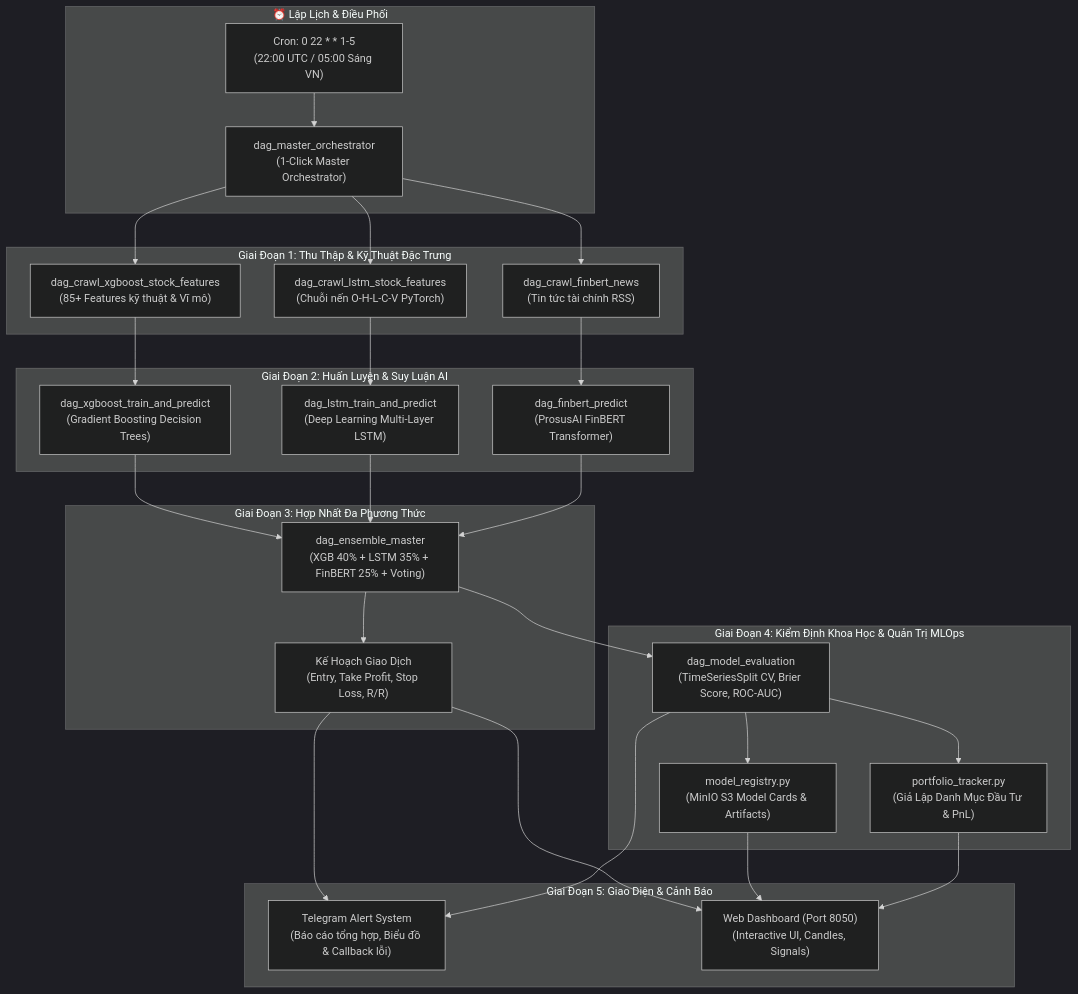
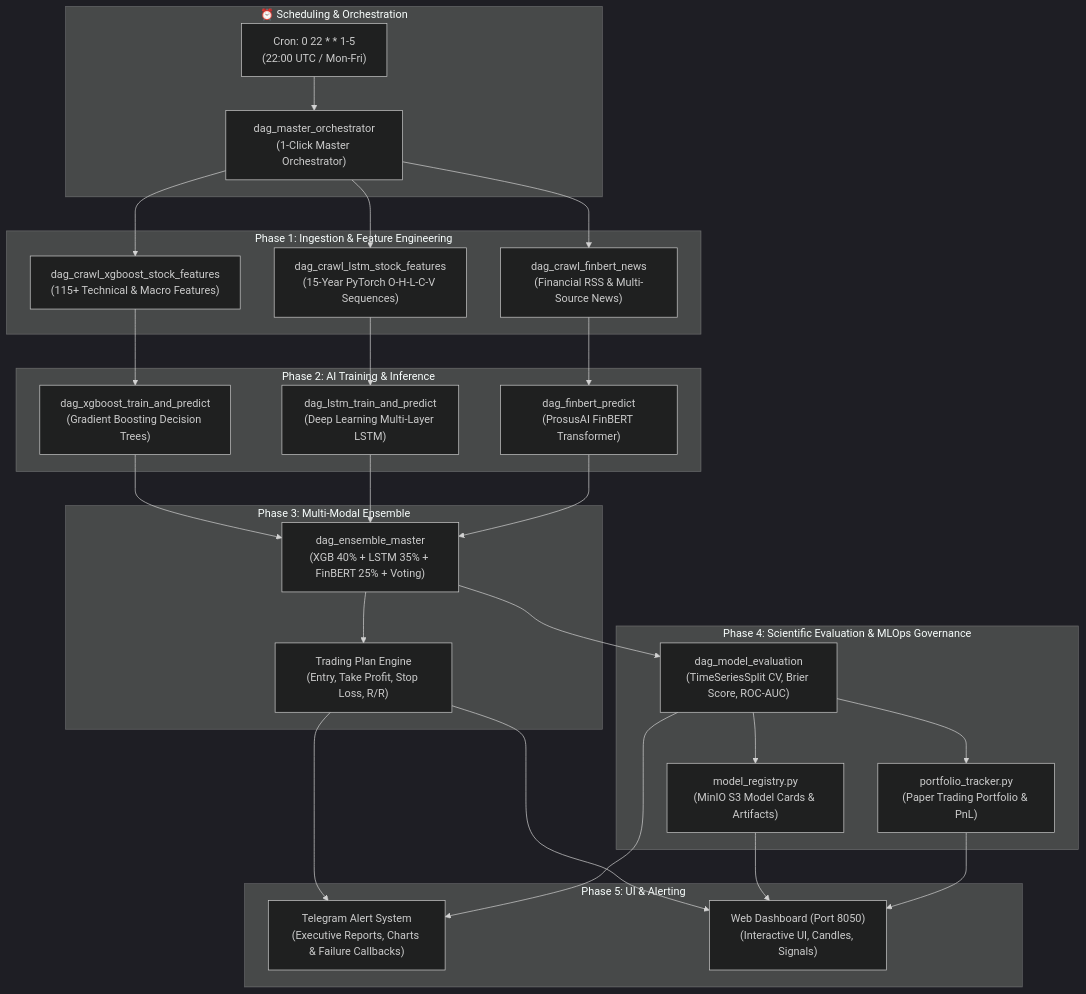
Before and after one commit to lehoang0702/airflow-stock: the diagram in README.md, drawn with Mermaid (dark theme). The commit also changed other lines of this file and 5 other files, not shown here.

````diff
--- a/README.md
+++ b/README.md
@@ -17,34 +17,34 @@
 ```mermaid
 graph TD
-    subgraph Sched["⏰ Lập Lịch & Điều Phối"]
-        CRON["Cron: 0 22 * * 1-5<br/>(22:00 UTC / 05:00 Sáng VN)"] --> ORCH["dag_master_orchestrator<br/>(1-Click Master Orchestrator)"]
+    subgraph Sched["⏰ Scheduling & Orchestration"]
+        CRON["Cron: 0 22 * * 1-5<br/>(22:00 UTC / Mon-Fri)"] --> ORCH["dag_master_orchestrator<br/>(1-Click Master Orchestrator)"]
     end
 
-    subgraph Phase1["Giai Đoạn 1: Thu Thập & Kỹ Thuật Đặc Trưng"]
-        ORCH --> P1_XGB["dag_crawl_xgboost_stock_features<br/>(85+ Features kỹ thuật & Vĩ mô)"]
-        ORCH --> P1_LSTM["dag_crawl_lstm_stock_features<br/>(Chuỗi nến O-H-L-C-V PyTorch)"]
-        ORCH --> P1_FIN["dag_crawl_finbert_news<br/>(Tin tức tài chính RSS)"]
+    subgraph Phase1["Phase 1: Ingestion & Feature Engineering"]
+        ORCH --> P1_XGB["dag_crawl_xgboost_stock_features<br/>(115+ Technical & Macro Features)"]
+        ORCH --> P1_LSTM["dag_crawl_lstm_stock_features<br/>(15-Year PyTorch O-H-L-C-V Sequences)"]
+        ORCH --> P1_FIN["dag_crawl_finbert_news<br/>(Financial RSS & Multi-Source News)"]
     end
 
-    subgraph Phase2["Giai Đoạn 2: Huấn Luyện & Suy Luận AI"]
+    subgraph Phase2["Phase 2: AI Training & Inference"]
         P1_XGB --> P2_XGB["dag_xgboost_train_and_predict<br/>(Gradient Boosting Decision Trees)"]
         P1_LSTM --> P2_LSTM["dag_lstm_train_and_predict<br/>(Deep Learning Multi-Layer LSTM)"]
         P1_FIN --> P2_FIN["dag_finbert_predict<br/>(ProsusAI FinBERT Transformer)"]
     end
 
-    subgraph Phase3["Giai Đoạn 3: Hợp Nhất Đa Phương Thức"]
+    subgraph Phase3["Phase 3: Multi-Modal Ensemble"]
         P2_XGB & P2_LSTM & P2_FIN --> P3_ENS["dag_ensemble_master<br/>(XGB 40% + LSTM 35% + FinBERT 25% + Voting)"]
-        P3_ENS --> PLAN["Kế Hoạch Giao Dịch<br/>(Entry, Take Profit, Stop Loss, R/R)"]
+        P3_ENS --> PLAN["Trading Plan Engine<br/>(Entry, Take Profit, Stop Loss, R/R)"]
     end
 
-    subgraph Phase4["Giai Đoạn 4: Kiểm Định Khoa Học & Quản Trị MLOps"]
+    subgraph Phase4["Phase 4: Scientific Evaluation & MLOps Governance"]
         P3_ENS --> P4_EVAL["dag_model_evaluation<br/>(TimeSeriesSplit CV, Brier Score, ROC-AUC)"]
         P4_EVAL --> REG["model_registry.py<br/>(MinIO S3 Model Cards & Artifacts)"]
-        P4_EVAL --> PORT["portfolio_tracker.py<br/>(Giả Lập Danh Mục Đầu Tư & PnL)"]
+        P4_EVAL --> PORT["portfolio_tracker.py<br/>(Paper Trading Portfolio & PnL)"]
     end
 
-    subgraph Phase5["Giai Đoạn 5: Giao Diện & Cảnh Báo"]
-        PLAN & P4_EVAL --> TG["Telegram Alert System<br/>(Báo cáo tổng hợp, Biểu đồ & Callback lỗi)"]
+    subgraph Phase5["Phase 5: UI & Alerting"]
+        PLAN & P4_EVAL --> TG["Telegram Alert System<br/>(Executive Reports, Charts & Failure Callbacks)"]
         PLAN & REG & PORT --> DASH["Web Dashboard (Port 8050)<br/>(Interactive UI, Candles, Signals)"]
     end
 ```
````
